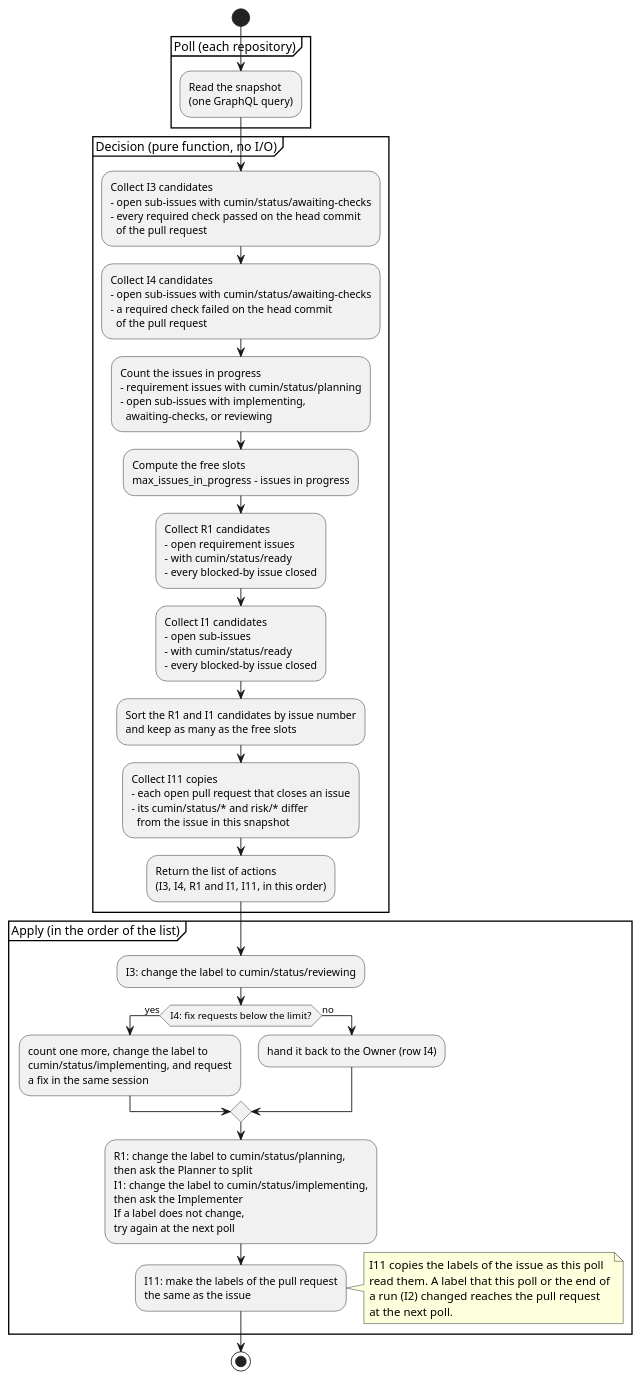
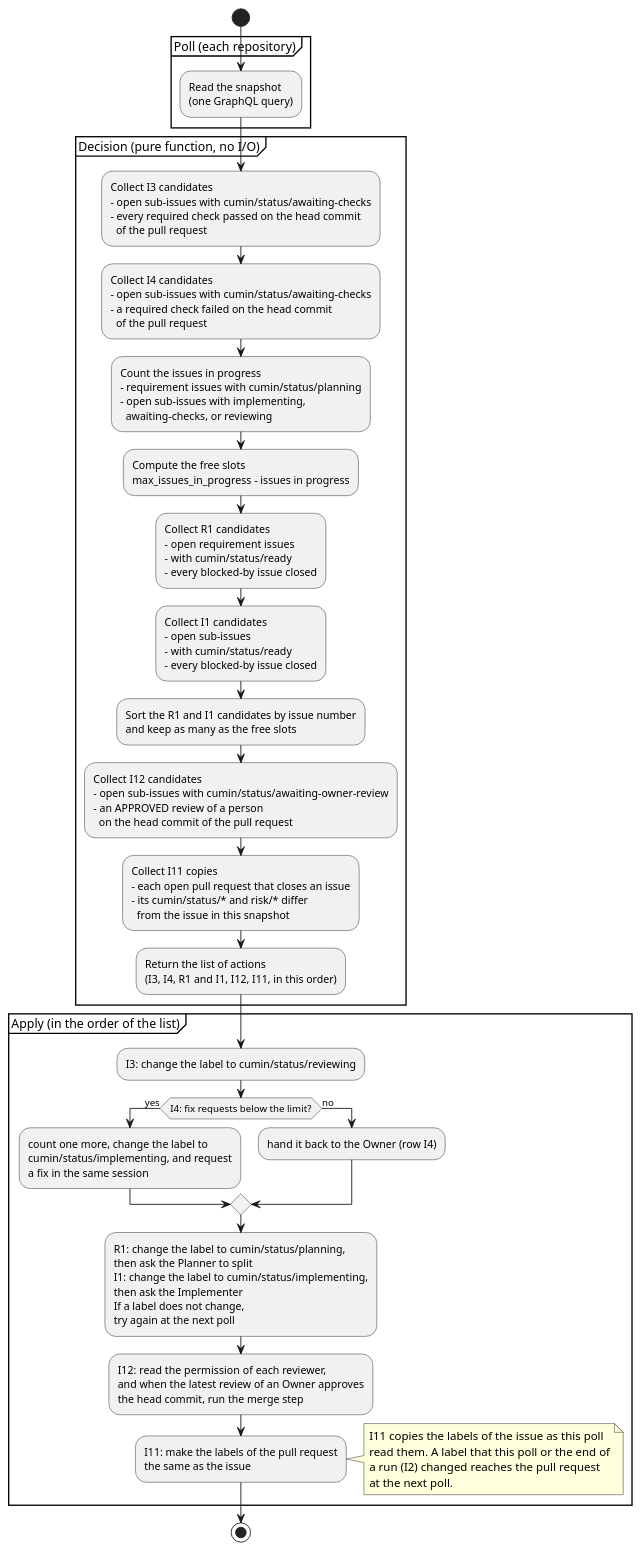
One commit to cloveclovedev/cumin-works changed the diagram in docs/ja/designs/poll-decide.puml. Above: the diagram before and after it, drawn with PlantUML. The commit also changed 12 other files, not shown here.

First line of the commit message:
feat(workflow): merge after the Owner approves the head commit (I12) (#301)

```diff
--- a/docs/ja/designs/poll-decide.puml
+++ b/docs/ja/designs/poll-decide.puml
@@ -1,70 +1,77 @@
 @startuml poll-decide
 ' cumin works - the decision of a poll: from a snapshot to a list of actions.
 ' The row numbers (I1 and so on) are the rows of issue-states.md.
 ' Render: run scripts/render-diagrams.sh at the root of the repository.
 skinparam shadowing false
 skinparam defaultFontName sans-serif
 
 start
 partition "Poll (each repository)" {
   :Read the snapshot
   (one GraphQL query);
 }
 partition "Decision (pure function, no I/O)" {
   :Collect I3 candidates
   - open sub-issues with cumin/status/awaiting-checks
   - every required check passed on the head commit
     of the pull request;
   :Collect I4 candidates
   - open sub-issues with cumin/status/awaiting-checks
   - a required check failed on the head commit
     of the pull request;
   :Count the issues in progress
   - requirement issues with cumin/status/planning
   - open sub-issues with implementing,
     awaiting-checks, or reviewing;
   :Compute the free slots
   max_issues_in_progress - issues in progress;
   :Collect R1 candidates
   - open requirement issues
   - with cumin/status/ready
   - every blocked-by issue closed;
   :Collect I1 candidates
   - open sub-issues
   - with cumin/status/ready
   - every blocked-by issue closed;
   :Sort the R1 and I1 candidates by issue number
   and keep as many as the free slots;
+  :Collect I12 candidates
+  - open sub-issues with cumin/status/awaiting-owner-review
+  - an APPROVED review of a person
+    on the head commit of the pull request;
   :Collect I11 copies
   - each open pull request that closes an issue
   - its cumin/status/* and risk/* differ
     from the issue in this snapshot;
   :Return the list of actions
-  (I3, I4, R1 and I1, I11, in this order);
+  (I3, I4, R1 and I1, I12, I11, in this order);
 }
 partition "Apply (in the order of the list)" {
   :I3: change the label to cumin/status/reviewing;
   if (I4: fix requests below the limit?) then (yes)
     :count one more, change the label to
     cumin/status/implementing, and request
     a fix in the same session;
   else (no)
     :hand it back to the Owner (row I4);
   endif
   :R1: change the label to cumin/status/planning,
   then ask the Planner to split
   I1: change the label to cumin/status/implementing,
   then ask the Implementer
   If a label does not change,
   try again at the next poll;
+  :I12: read the permission of each reviewer,
+  and when the latest review of an Owner approves
+  the head commit, run the merge step;
   :I11: make the labels of the pull request
   the same as the issue;
 }
 note right
   I11 copies the labels of the issue as this poll
   read them. A label that this poll or the end of
   a run (I2) changed reaches the pull request
   at the next poll.
 end note
 stop
 @enduml
```
